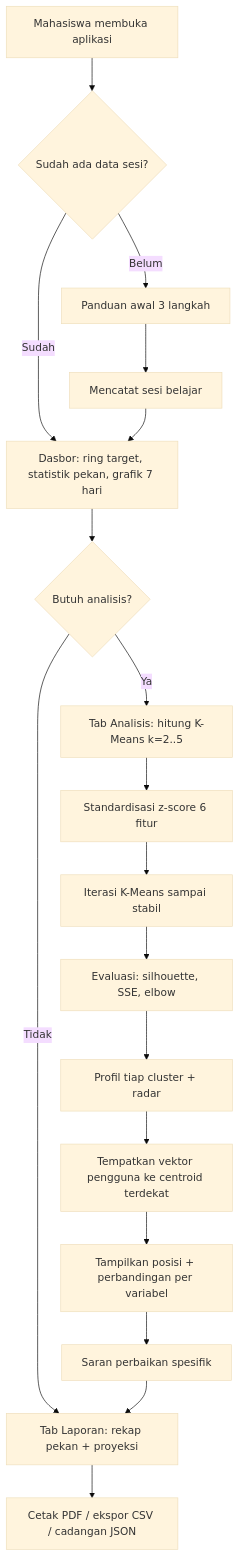
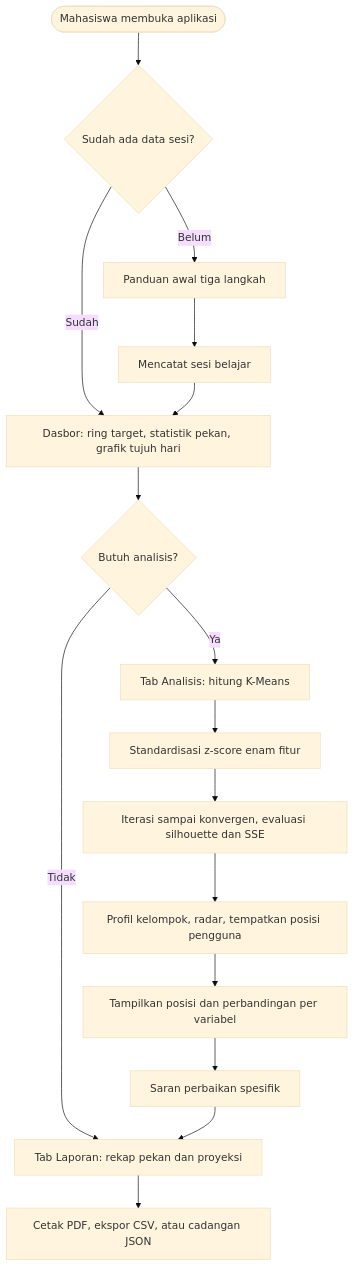
The first of 3 diagrams in laporan/tahap-2-analisis-kebutuhan.md (whitefoxrakka-cloud/studytrack-ssd30-progress), drawn with Mermaid (base theme) before and after one commit. The commit also changed other lines of this file and 10 other files, not shown here.

First line of the commit message:
Laporan Bab I-IV (DOCX/PDF), presentasi Tahap 1-4, dan logbook mingguan

````diff
--- a/laporan/tahap-2-analisis-kebutuhan.md
+++ b/laporan/tahap-2-analisis-kebutuhan.md
@@ -322,20 +322,19 @@
 ```mermaid
+%%%%{init: {"flowchart": {"wrappingWidth": 340, "nodeSpacing": 45, "rankSpacing": 50}}}%%%%
 flowchart TD
-    A["Mahasiswa membuka aplikasi"] --> B{"Sudah ada data sesi?"}
-    B -- Belum --> C["Panduan awal 3 langkah"]
+    A(["Mahasiswa membuka aplikasi"]) --> B{"Sudah ada data sesi?"}
+    B -- Belum --> C["Panduan awal tiga langkah"]
     C --> D["Mencatat sesi belajar"]
-    B -- Sudah --> E["Dasbor: ring target, statistik pekan, grafik 7 hari"]
+    B -- Sudah --> E["Dasbor: ring target, statistik pekan, grafik tujuh hari"]
     D --> E
     E --> F{"Butuh analisis?"}
-    F -- Ya --> G["Tab Analisis: hitung K-Means k=2..5"]
-    G --> H["Standardisasi z-score 6 fitur"]
-    H --> I["Iterasi K-Means sampai stabil"]
-    I --> J["Evaluasi: silhouette, SSE, elbow"]
-    J --> K["Profil tiap cluster + radar"]
-    K --> L["Tempatkan vektor pengguna ke centroid terdekat"]
-    L --> M["Tampilkan posisi + perbandingan per variabel"]
-    M --> N["Saran perbaikan spesifik"]
-    F -- Tidak --> O["Tab Laporan: rekap pekan + proyeksi"]
-    N --> O
-    O --> P["Cetak PDF / ekspor CSV / cadangan JSON"]
+    F -- Ya --> G["Tab Analisis: hitung K-Means"]
+    G --> H["Standardisasi z-score enam fitur"]
+    H --> I["Iterasi sampai konvergen, evaluasi silhouette dan SSE"]
+    I --> J["Profil kelompok, radar, tempatkan posisi pengguna"]
+    J --> K["Tampilkan posisi dan perbandingan per variabel"]
+    K --> L["Saran perbaikan spesifik"]
+    F -- Tidak --> M["Tab Laporan: rekap pekan dan proyeksi"]
+    L --> M
+    M --> N["Cetak PDF, ekspor CSV, atau cadangan JSON"]
 ```
````
